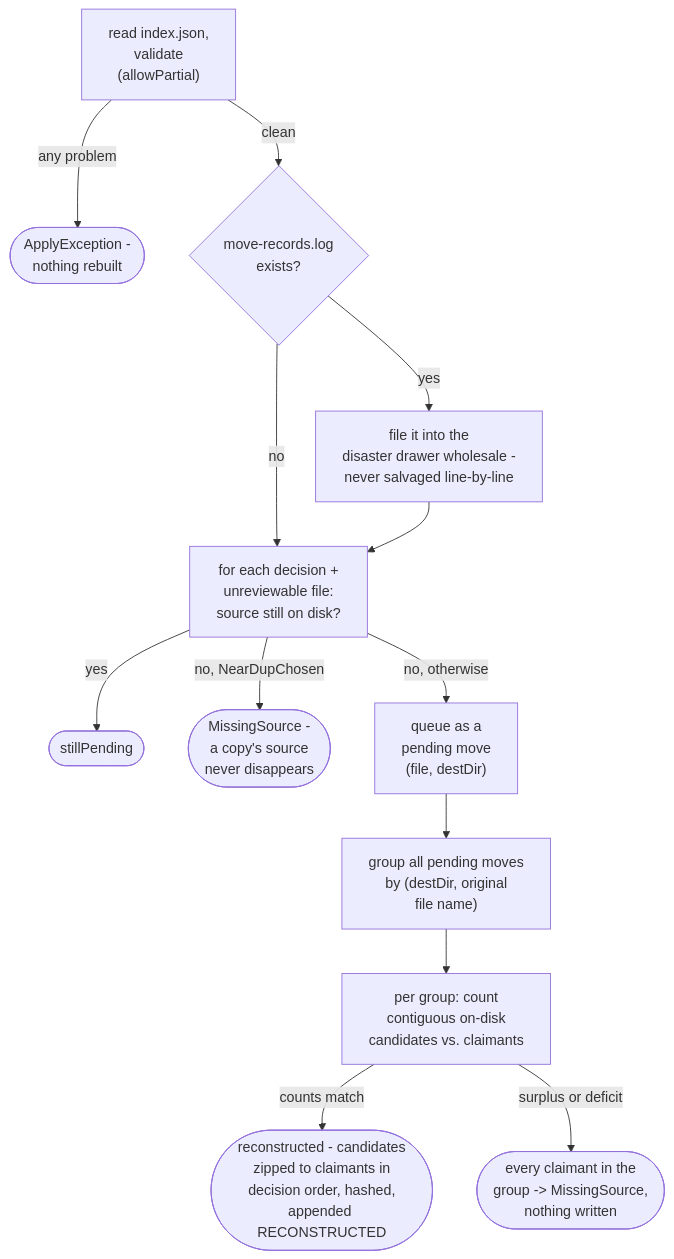
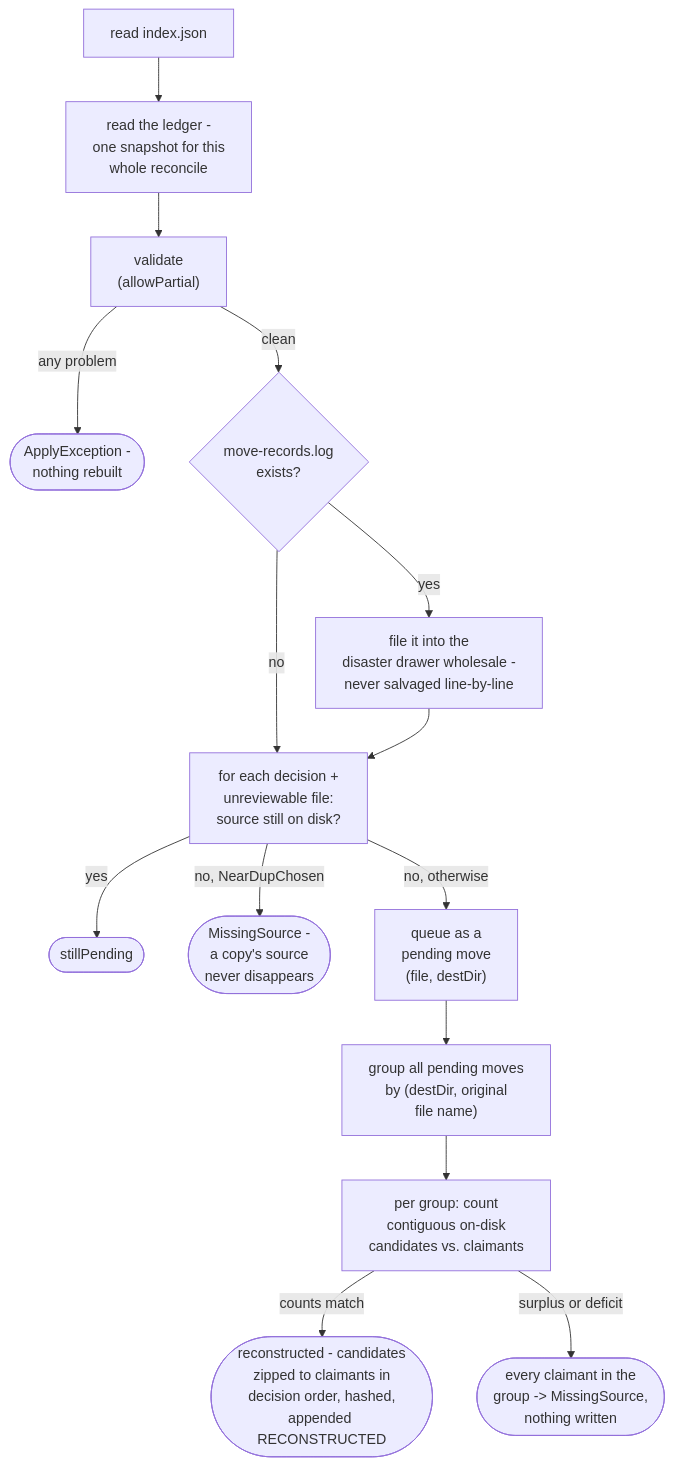
Before and after one commit to AdrianNachev91/sluice: the diagram in app/docs/design/application/service/reconcile-engine.md, drawn with Mermaid. The commit also changed other lines of this file and 2 other files, not shown here.

First line of the commit message:
docs(java-port): Phase 13-prep close-out - fix two doc nits from the whole-phase review

````diff
--- a/app/docs/design/application/service/reconcile-engine.md
+++ b/app/docs/design/application/service/reconcile-engine.md
@@ -9,15 +9,17 @@
 ```mermaid
 flowchart TD
-    A["read index.json,<br/>validate<br/>(allowPartial)"] -- any problem --> Z(["ApplyException -<br/>nothing rebuilt"])
-    A -- clean --> B{"move-records.log<br/>exists?"}
+    A["read index.json"] --> A2["read the ledger -<br/>one snapshot for this<br/>whole reconcile"]
+    A2 --> A3["validate<br/>(allowPartial)"]
+    A3 -- any problem --> Z(["ApplyException -<br/>nothing rebuilt"])
+    A3 -- clean --> B{"move-records.log<br/>exists?"}
     B -- yes --> C["file it into the<br/>disaster drawer wholesale -<br/>never salvaged line-by-line"]
     B -- no --> D
     C --> D["for each decision +<br/>unreviewable file:<br/>source still on disk?"]
     D -- yes --> E(["stillPending"])
     D -- no, NearDupChosen --> F(["MissingSource -<br/>a copy's source<br/>never disappears"])
     D -- no, otherwise --> G["queue as a<br/>pending move<br/>(file, destDir)"]
     G --> H["group all pending moves<br/>by (destDir, original<br/>file name)"]
     H --> I["per group: count<br/>contiguous on-disk<br/>candidates vs. claimants"]
     I -- counts match --> J(["reconstructed - candidates<br/>zipped to claimants in<br/>decision order, hashed,<br/>appended RECONSTRUCTED"])
     I -- surplus or deficit --> K(["every claimant in the<br/>group -> MissingSource,<br/>nothing written"])
 ```
````
